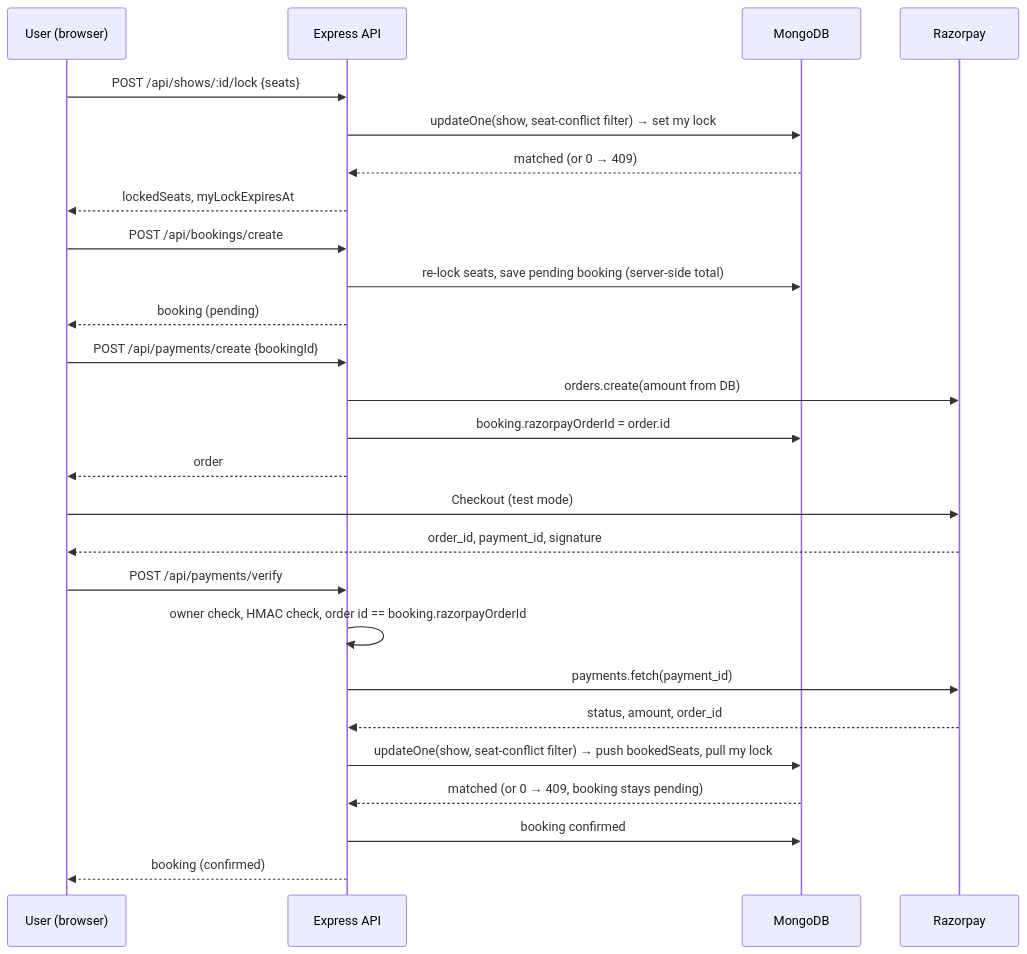
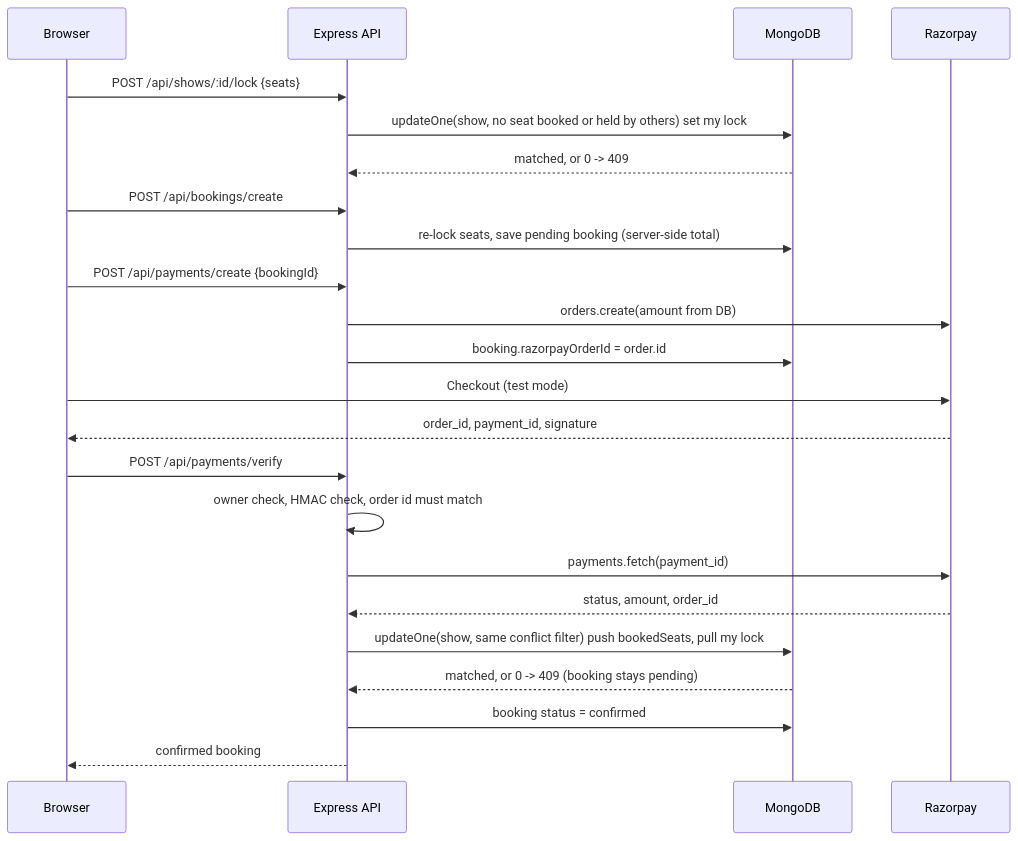
Before and after one commit to jayy-codes07/ShowTimeX: the diagram in README.md, drawn with Mermaid. The commit also changed other lines of this file, not shown here.

````diff
--- a/README.md
+++ b/README.md
@@ -39,33 +67,26 @@
 ```mermaid
 sequenceDiagram
-  participant U as User (browser)
+  participant U as Browser
   participant API as Express API
   participant DB as MongoDB
   participant RZP as Razorpay
 
   U->>API: POST /api/shows/:id/lock {seats}
-  API->>DB: updateOne(show, seat-conflict filter) → set my lock
-  DB-->>API: matched (or 0 → 409)
-  API-->>U: lockedSeats, myLockExpiresAt
-
+  API->>DB: updateOne(show, no seat booked or held by others) set my lock
+  DB-->>API: matched, or 0 -> 409
   U->>API: POST /api/bookings/create
   API->>DB: re-lock seats, save pending booking (server-side total)
-  API-->>U: booking (pending)
-
   U->>API: POST /api/payments/create {bookingId}
   API->>RZP: orders.create(amount from DB)
   API->>DB: booking.razorpayOrderId = order.id
-  API-->>U: order
-
   U->>RZP: Checkout (test mode)
   RZP-->>U: order_id, payment_id, signature
-
   U->>API: POST /api/payments/verify
-  API->>API: owner check, HMAC check, order id == booking.razorpayOrderId
+  API->>API: owner check, HMAC check, order id must match
   API->>RZP: payments.fetch(payment_id)
   RZP-->>API: status, amount, order_id
-  API->>DB: updateOne(show, seat-conflict filter) → push bookedSeats, pull my lock
-  DB-->>API: matched (or 0 → 409, booking stays pending)
-  API->>DB: booking confirmed
-  API-->>U: booking (confirmed)
+  API->>DB: updateOne(show, same conflict filter) push bookedSeats, pull my lock
+  DB-->>API: matched, or 0 -> 409 (booking stays pending)
+  API->>DB: booking status = confirmed
+  API-->>U: confirmed booking
 ```
````
